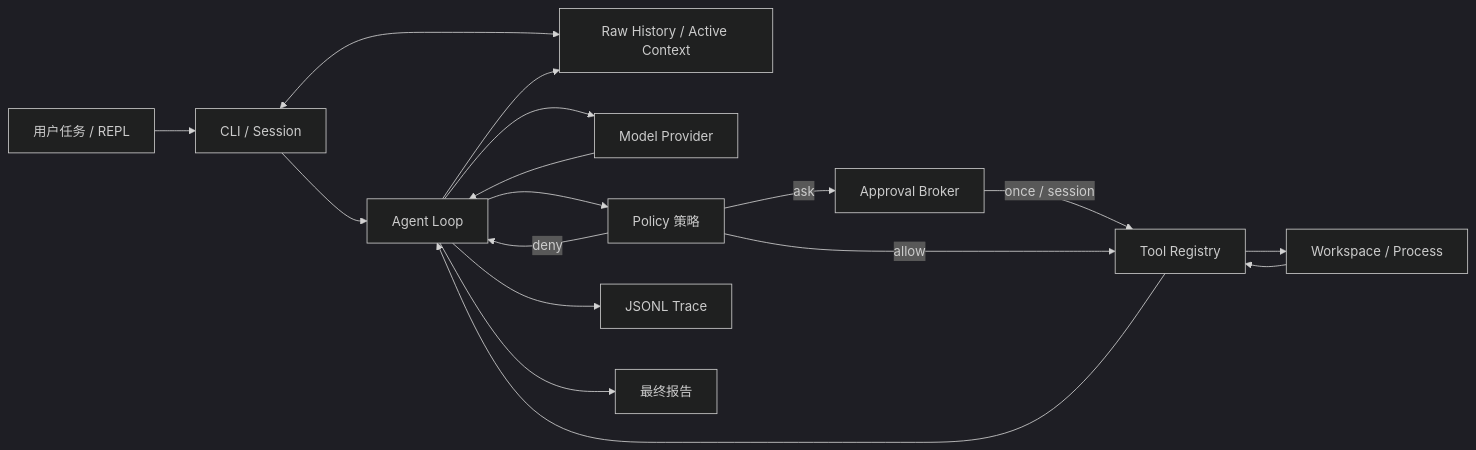
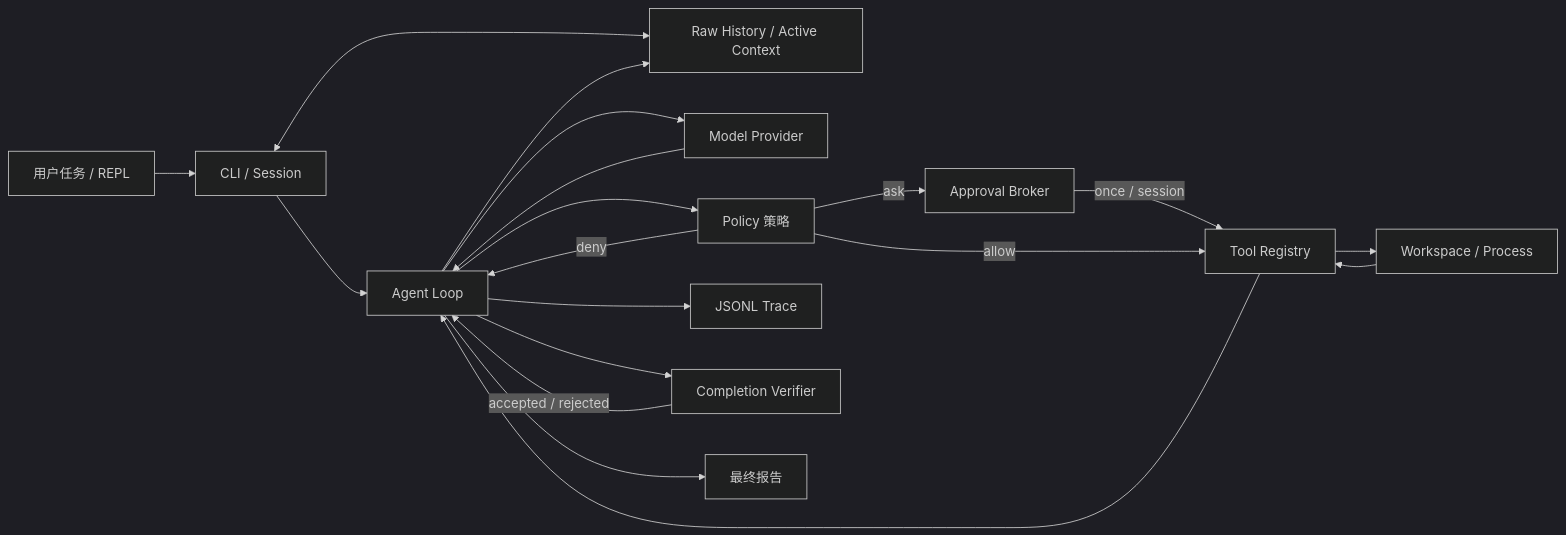
Before and after one commit to Huang1Hx/pi-claw: the first of 2 diagrams in docs/ARCHITECTURE.md, drawn with Mermaid (dark theme). The commit also changed other lines of this file and 26 other files, not shown here.

````diff
--- a/docs/ARCHITECTURE.md
+++ b/docs/ARCHITECTURE.md
@@ -8,19 +8,21 @@
 ```mermaid
 flowchart LR
     U["用户任务 / REPL"] --> C["CLI / Session"]
     C <--> X["Raw History / Active Context"]
     C --> A["Agent Loop"]
     A --> M["Model Provider"]
     M --> A
     A --> P["Policy 策略"]
     P -->|ask| B["Approval Broker"]
     B -->|once / session| T["Tool Registry"]
     P -->|allow| T
     P -->|deny| A
     T --> W["Workspace / Process"]
     W --> T
     T --> A
     A --> E["JSONL Trace"]
+    A --> V["Completion Verifier"]
+    V -->|accepted / rejected| A
     A --> R["最终报告"]
     A --> X
 ```
````
